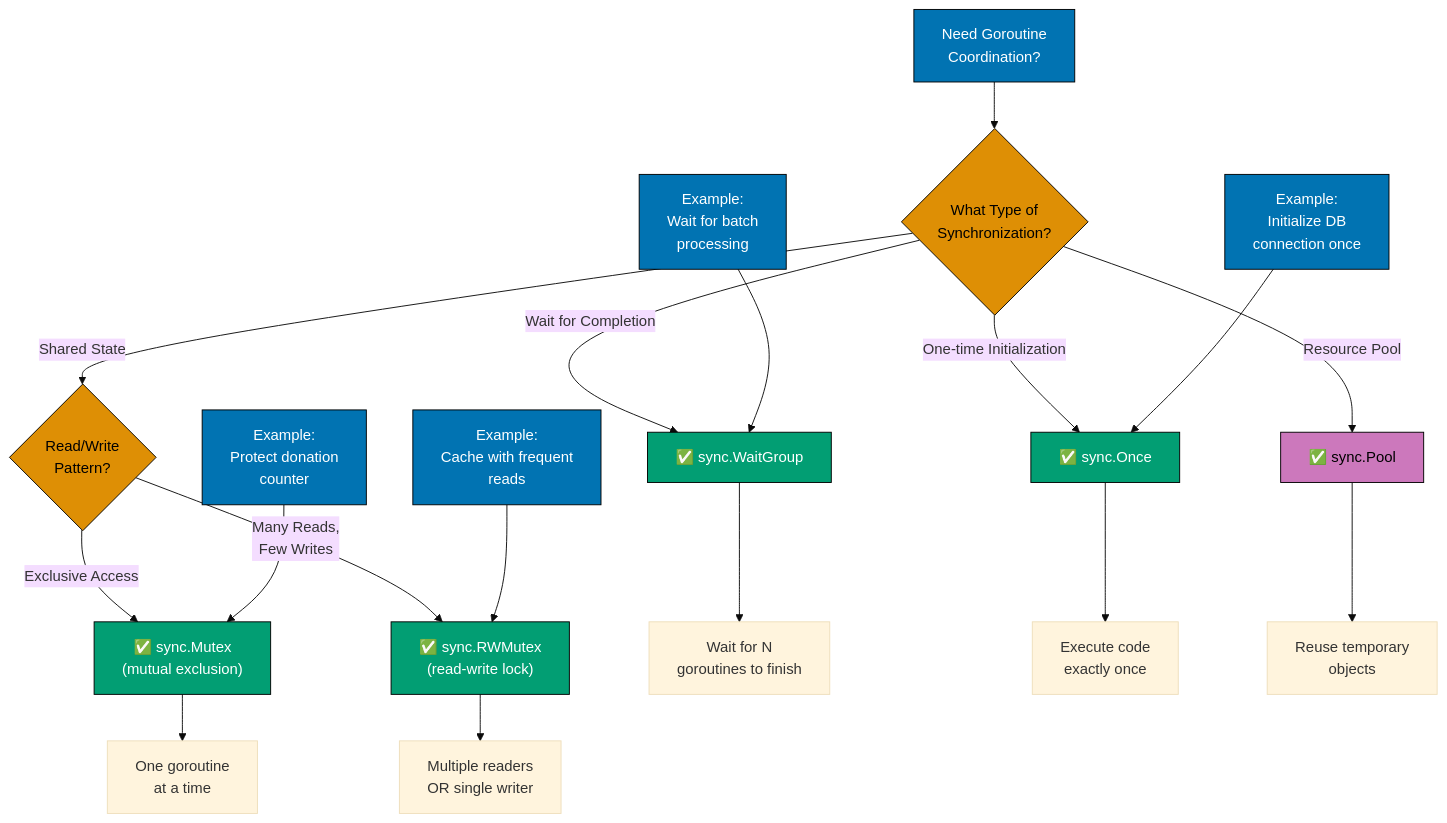
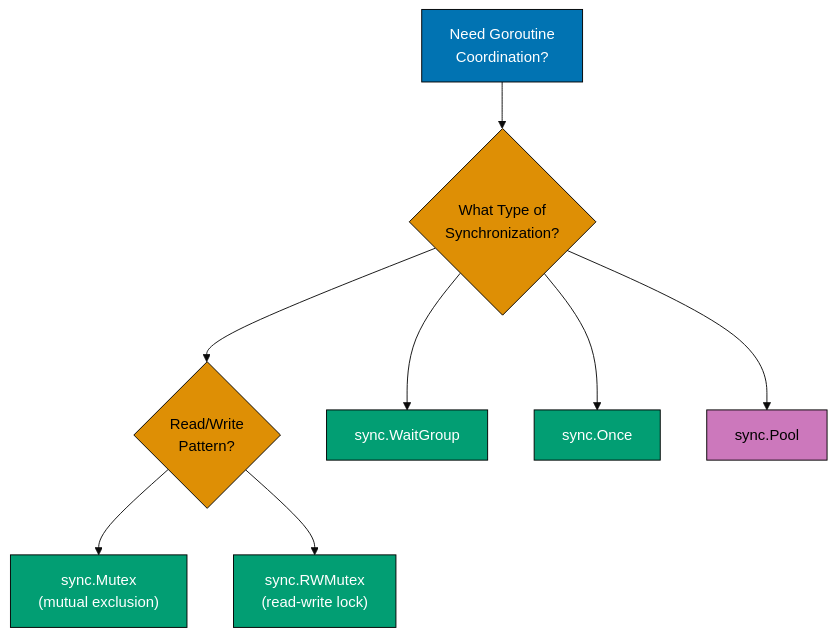
One commit to wahidyankf/ose-primer changed the seventh of 11 diagrams in docs/explanation/software-engineering/programming-languages/golang/concurrency-standards.md. Above: the diagram before and after it, drawn with Mermaid (base theme). The commit also changed other lines of this file and 11 other files, not shown here.

Commit message:
fix(docs): fix mermaid violations in golang/ docs (batch 3/10)

````diff
--- a/docs/explanation/software-engineering/programming-languages/golang/concurrency-standards.md
+++ b/docs/explanation/software-engineering/programming-languages/golang/concurrency-standards.md
@@ -772,31 +784,27 @@
 ```mermaid
 %% Color Palette: Blue #0173B2, Orange #DE8F05, Teal #029E73, Purple #CC78BC
 %% All colors are color-blind friendly and meet WCAG AA contrast standards
 
 graph TD
-    A["Need Goroutine<br/>Coordination?"]:::blue --> B{"What Type of<br/>Synchronization?"}:::orange
+    A["Need Goroutine<br/>Coordination?"]:::blue
+    B{"What Type of<br/>Synchronization?"}:::orange
+    C{"Read/Write<br/>Pattern?"}:::orange
+    D["sync.WaitGroup"]:::teal
+    E["sync.Once"]:::teal
+    F["sync.Pool"]:::purple
+    G["sync.Mutex<br/>(mutual exclusion)"]:::teal
+    H["sync.RWMutex<br/>(read-write lock)"]:::teal
 
-    B -->|"Shared State"| C{"Read/Write<br/>Pattern?"}:::orange
-    B -->|"Wait for Completion"| D["✅ sync.WaitGroup"]:::teal
-    B -->|"One-time Initialization"| E["✅ sync.Once"]:::teal
-    B -->|"Resource Pool"| F["✅ sync.Pool"]:::purple
-
-    C -->|"Exclusive Access"| G["✅ sync.Mutex<br/>(mutual exclusion)"]:::teal
-    C -->|"Many Reads,<br/>Few Writes"| H["✅ sync.RWMutex<br/>(read-write lock)"]:::teal
-
-    G --> G1["One goroutine<br/>at a time"]
-    H --> H1["Multiple readers<br/>OR single writer"]
-    D --> D1["Wait for N<br/>goroutines to finish"]
-    E --> E1["Execute code<br/>exactly once"]
-    F --> F1["Reuse temporary<br/>objects"]
-
-    Ex1["Example:<br/>Protect donation<br/>counter"]:::blue --> G
-    Ex2["Example:<br/>Cache with frequent<br/>reads"]:::blue --> H
-    Ex3["Example:<br/>Wait for batch<br/>processing"]:::blue --> D
-    Ex4["Example:<br/>Initialize DB<br/>connection once"]:::blue --> E
+    A --> B
+    B --> C
+    B --> D
+    B --> E
+    B --> F
+    C --> G
+    C --> H
 
     classDef blue fill:#0173B2,stroke:#000,color:#fff
     classDef orange fill:#DE8F05,stroke:#000,color:#000
     classDef teal fill:#029E73,stroke:#000,color:#fff
     classDef purple fill:#CC78BC,stroke:#000,color:#000
 ```
````
